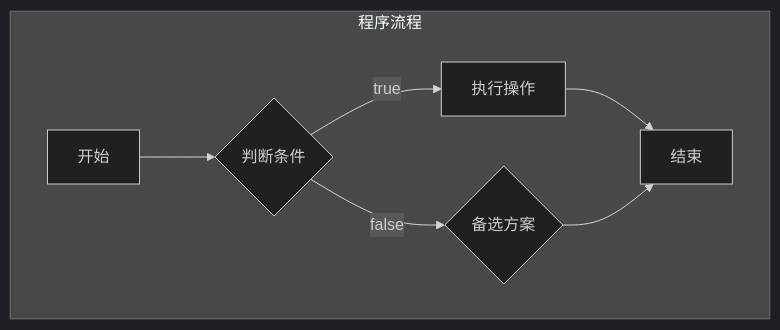
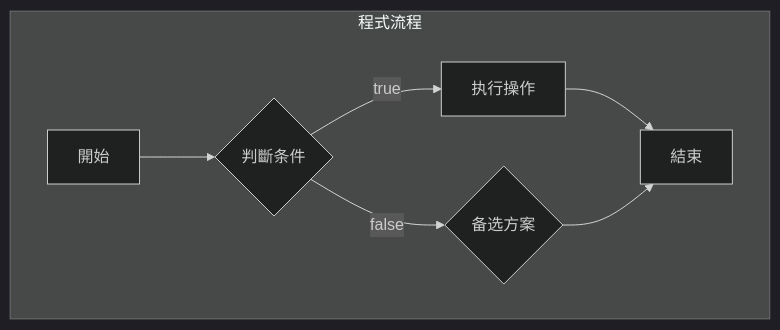
Before and after one commit to kmjade/knowledge-value: the diagram in 3 Resources/01-Tech/Programming/Python/01-基础入门/控制流与函数.md, drawn with Mermaid (dark theme). The commit also changed other lines of this file and 653 other files, not shown here.

````diff
--- a/3 Resources/01-Tech/Programming/Python/01-基础入门/控制流与函数.md
+++ b/3 Resources/01-Tech/Programming/Python/01-基础入门/控制流与函数.md
@@ -17,10 +17,10 @@
 ```mermaid
 graph TB
-    subgraph "程序流程"
-        START[开始] --> DECISION{判断条件}
+    subgraph "程式流程"
+        START[開始] --> DECISION{判斷条件}
         DECISION -->|true| ACTION[执行操作]
         DECISION -->|false| ALTERNATIVE{备选方案}
-        ACTION --> END[结束]
+        ACTION --> END[結束]
         ALTERNATIVE --> END
     end
 ```
````
